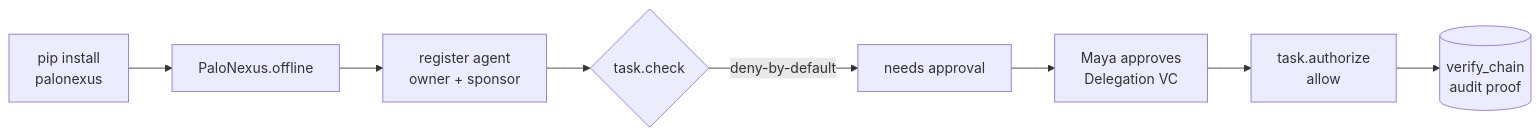
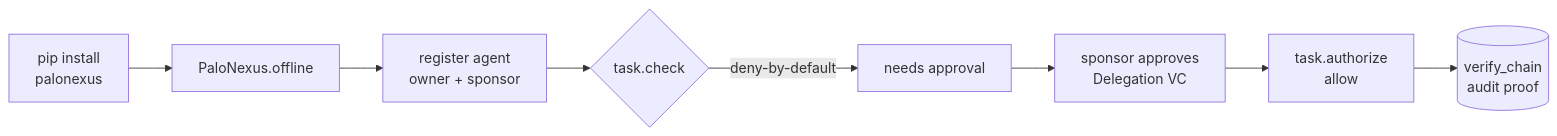
One commit to remrem-apps/palonexus-web changed the diagram in src/content/docs/getting-started/quickstart.mdx. Above: the diagram before and after it, drawn with Mermaid. The commit also changed other lines of this file and 62 other files, not shown here.

````diff
--- a/src/content/docs/getting-started/quickstart.mdx
+++ b/src/content/docs/getting-started/quickstart.mdx
@@ -57,10 +53,10 @@
 ```mermaid
 flowchart LR
     I[pip install<br/>palonexus] --> O[PaloNexus.offline]
     O --> R[register agent<br/>owner + sponsor]
     R --> C{task.check}
     C -->|deny-by-default| D[needs approval]
-    D --> AP[Maya approves<br/>Delegation VC]
+    D --> AP[sponsor approves<br/>Delegation VC]
     AP --> AU[task.authorize<br/>allow]
     AU --> V[(verify_chain<br/>audit proof)]
 ```
````
